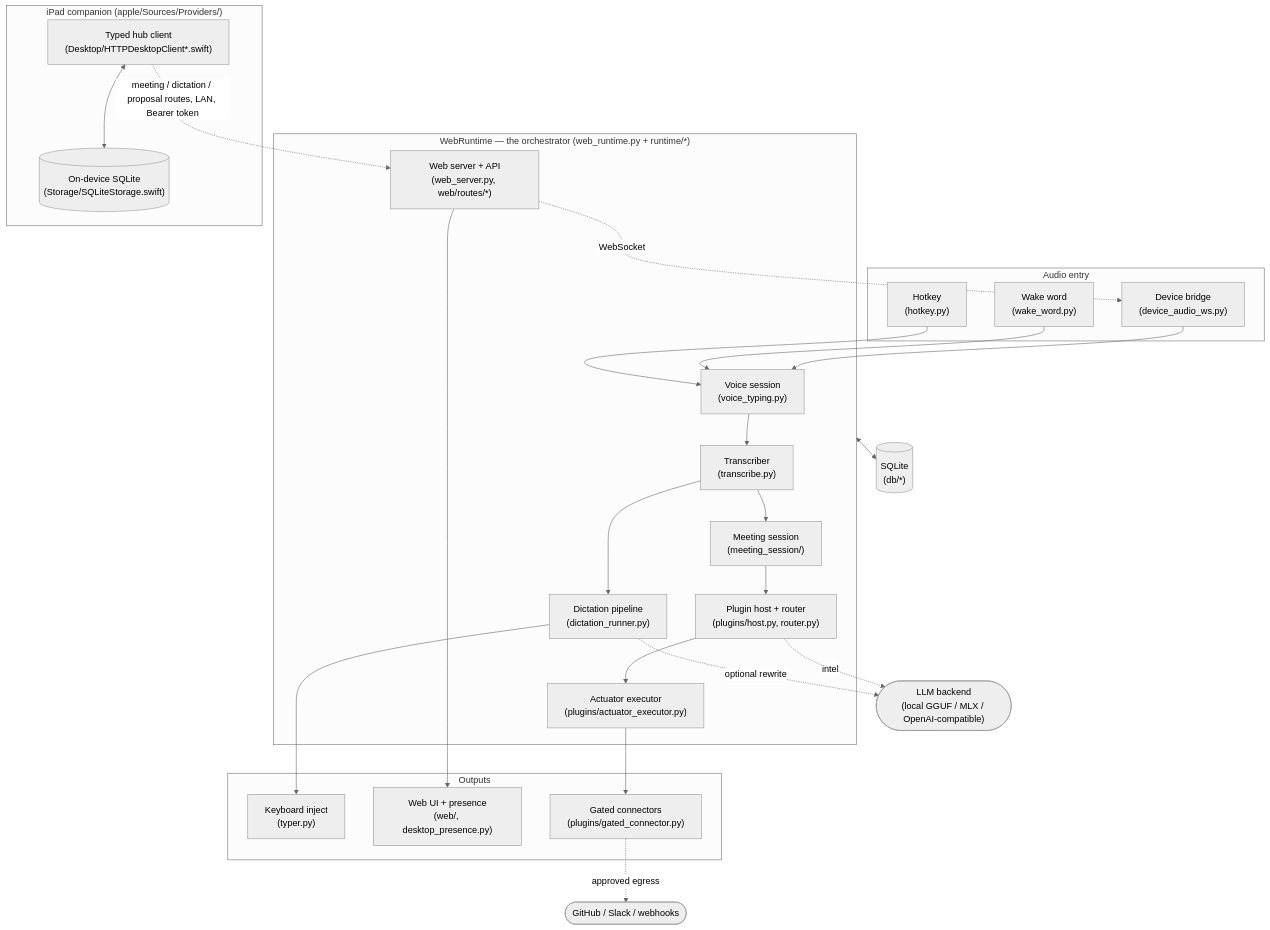
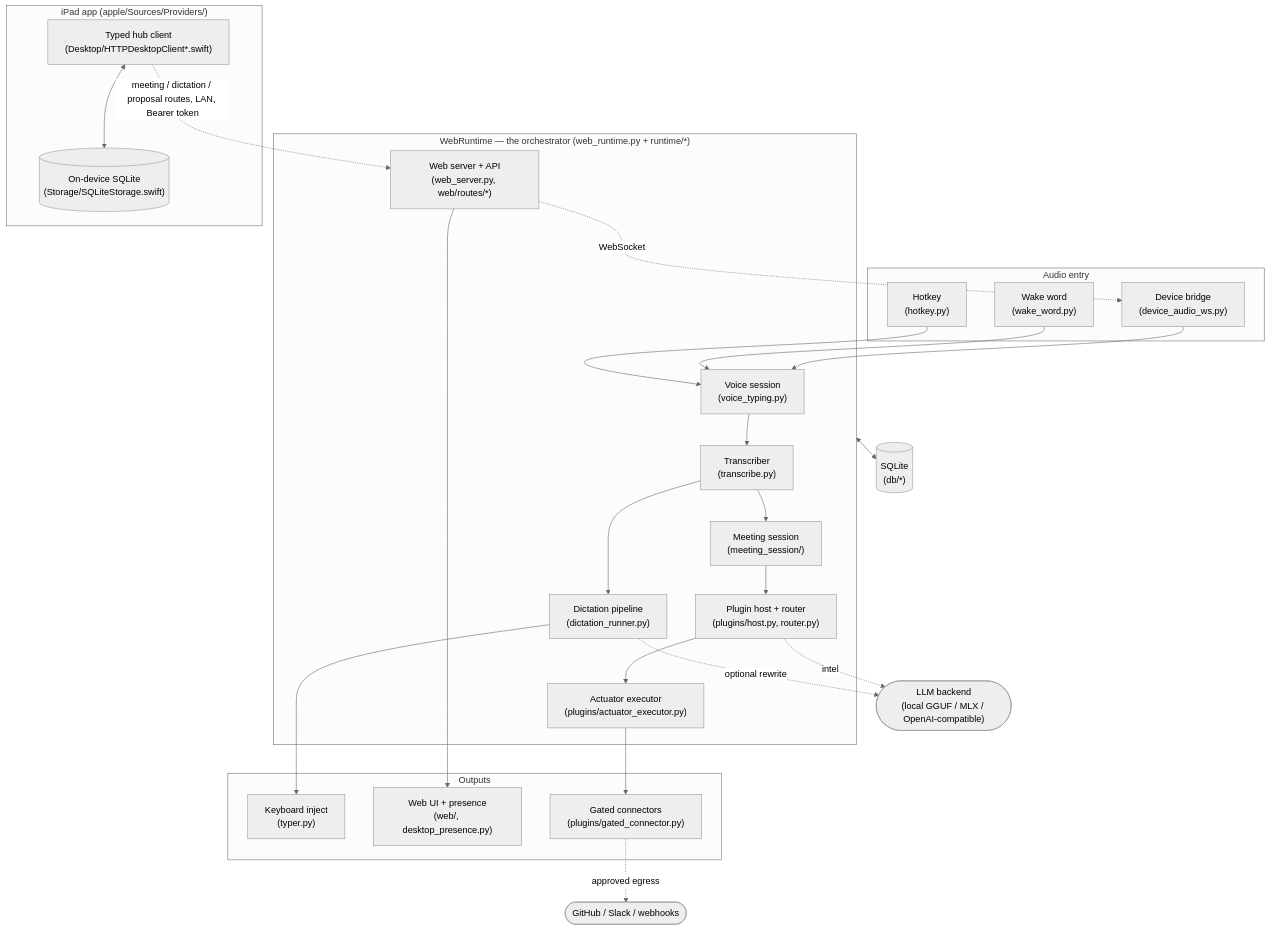
The first of 7 diagrams in docs/ARCHITECTURE.md (karolswdev/HoldSpeak), drawn with Mermaid (neutral theme) before and after one commit. The commit also changed other lines of this file and 7 other files, not shown here.

````diff
--- a/docs/ARCHITECTURE.md
+++ b/docs/ARCHITECTURE.md
@@ -47,51 +47,51 @@
 ```mermaid
 flowchart TB
   subgraph entry["Audio entry"]
     HK["Hotkey<br/>(hotkey.py)"]
     WW["Wake word<br/>(wake_word.py)"]
     DEV["Device bridge<br/>(device_audio_ws.py)"]
   end
 
   subgraph runtime["WebRuntime — the orchestrator (web_runtime.py + runtime/*)"]
     VS["Voice session<br/>(voice_typing.py)"]
     TR["Transcriber<br/>(transcribe.py)"]
     DR["Dictation pipeline<br/>(dictation_runner.py)"]
     MS["Meeting session<br/>(meeting_session/)"]
     PH["Plugin host + router<br/>(plugins/host.py, router.py)"]
     AX["Actuator executor<br/>(plugins/actuator_executor.py)"]
     SRV["Web server + API<br/>(web_server.py, web/routes/*)"]
   end
 
   subgraph out["Outputs"]
     TY["Keyboard inject<br/>(typer.py)"]
     UI["Web UI + presence<br/>(web/, desktop_presence.py)"]
     CN["Gated connectors<br/>(plugins/gated_connector.py)"]
   end
 
-  subgraph ipad["iPad companion (apple/Sources/Providers/)"]
+  subgraph ipad["iPad app (apple/Sources/Providers/)"]
     HC["Typed hub client<br/>(Desktop/HTTPDesktopClient*.swift)"]
     LS[("On-device SQLite<br/>(Storage/SQLiteStorage.swift)")]
   end
 
   DB[("SQLite<br/>(db/*)")]
   LLM(["LLM backend<br/>(local GGUF / MLX / OpenAI-compatible)"])
 
   HK --> VS
   WW --> VS
   DEV --> VS
   VS --> TR
   TR --> DR
   TR --> MS
   DR --> TY
   DR -. "optional rewrite" .-> LLM
   MS --> PH
   PH -. "intel" .-> LLM
   PH --> AX
   AX --> CN
   CN -. "approved egress" .-> EXT(["GitHub / Slack / webhooks"])
   SRV --> UI
   runtime <--> DB
   SRV -. "WebSocket" .-> DEV
   HC -. "meeting / dictation / proposal routes, LAN, Bearer token" .-> SRV
   HC <--> LS
 ```
````
